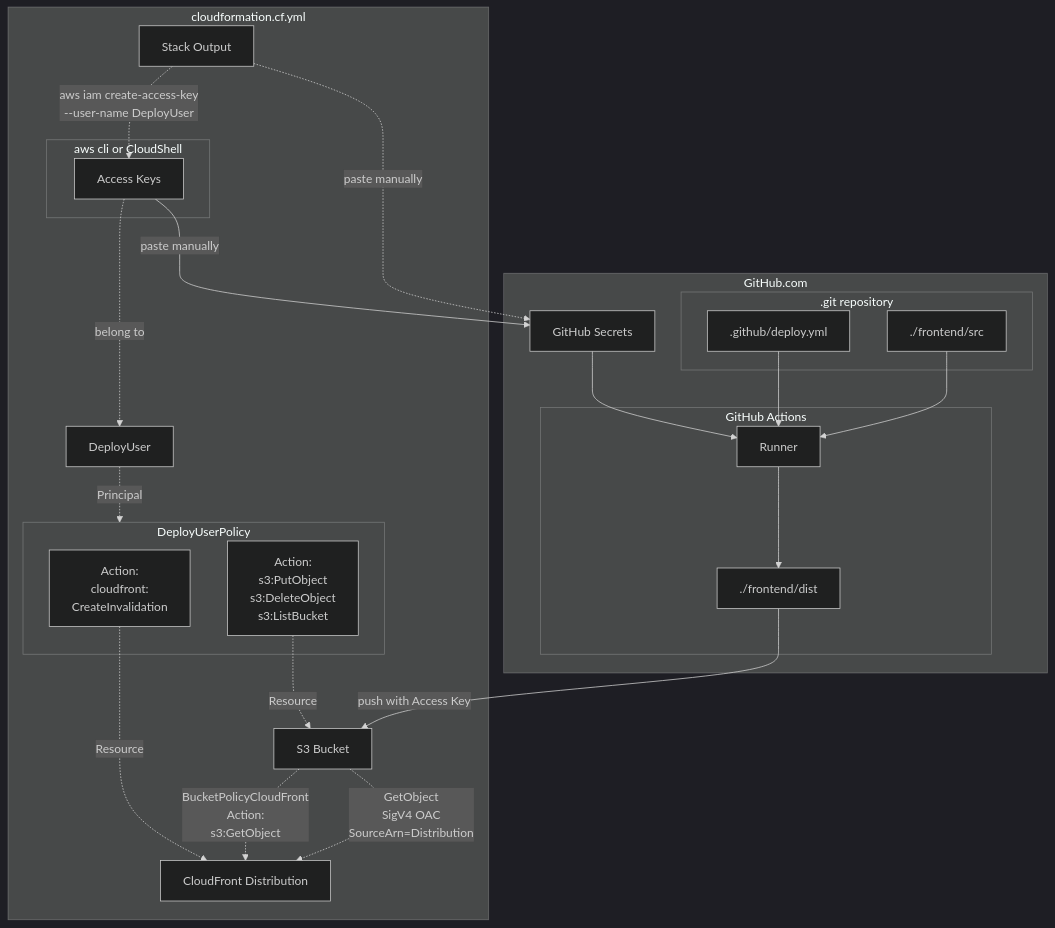
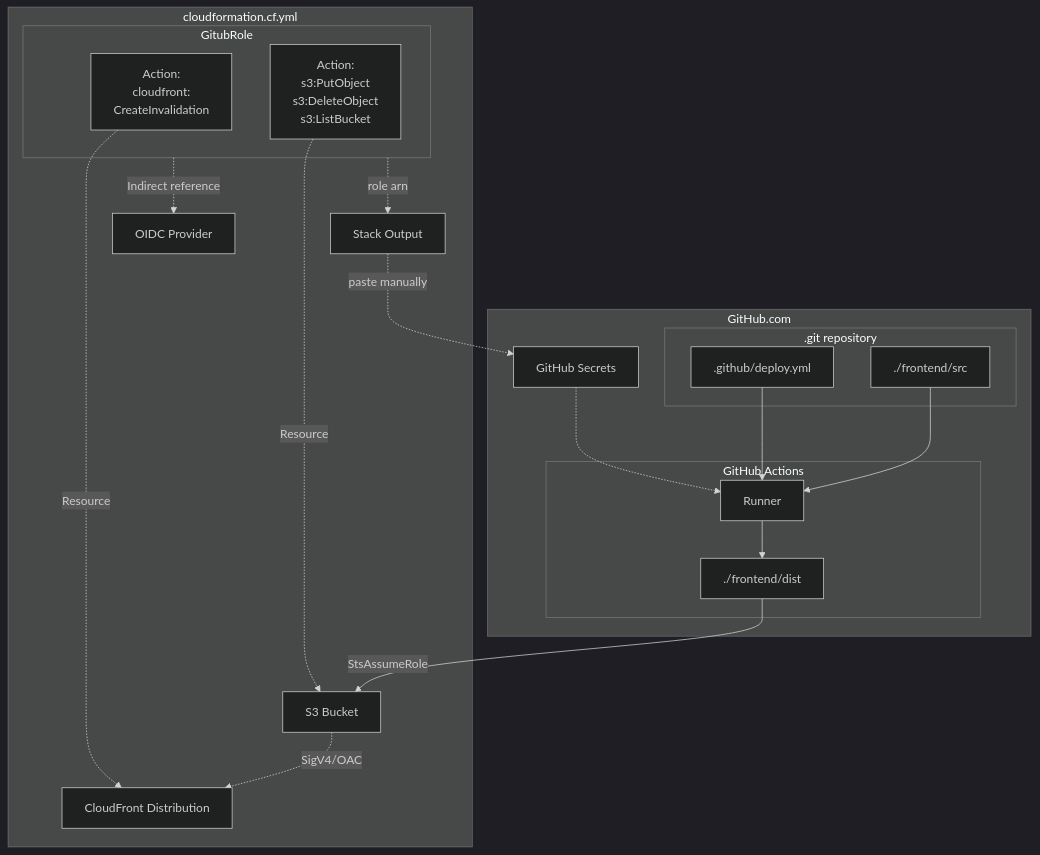
Before and after one commit to Codingschule/aws-astro-headless-cms-deployment: the first of 2 diagrams in README.md, drawn with Mermaid (dark theme).

Commit message:
readme OIDC mermaid

````diff
--- a/README.md
+++ b/README.md
@@ -107,46 +107,47 @@
 ```mermaid
 flowchart TD
     %% =====================
     subgraph GitHub.com
-        subgraph .git repository
+        SEC[GitHub Secrets]
+        subgraph REP[.git repository]
           SRC[./frontend/src]
           WF[.github/deploy.yml]
         end
-
-        SEC[GitHub Secrets]
 
         subgraph GitHub Actions
           Dist[./frontend/dist]
           RUN[Runner]
         end
+
+    end
+
+    %% =====================
+    subgraph AWS[cloudformation.cf.yml]
+      OUT[Stack Output]
+      %% *********************
+      OIDC[OIDC Provider]
+      subgraph ROL[GitubRole]
+        Inv[Action:<br />cloudfront:<br />CreateInvalidation]
+        Wri[Action:<br />s3:PutObject<br />s3:DeleteObject<br />s3:ListBucket]
+      end
+      
+      CF[CloudFront Distribution]
+      S3[S3 Bucket]
     end
     %% =====================
-    subgraph AWS[cloudformation.cf.yml]
-    %% *********************
-    subgraph CLI[aws cli or CloudShell]
-        KEY[Access Keys]
-    end
-        OUT[Stack Output]
-        IAM[DeployUser]
-        CF[CloudFront Distribution]
-        S3[S3 Bucket]
-        subgraph PolDep[DeployUserPolicy]
-          Inv[Action:<br />cloudfront:<br />CreateInvalidation]
-          Wri[Action:<br />s3:PutObject<br />s3:DeleteObject<br />s3:ListBucket]
-        end
-    end
-    %% =====================
-        IAM -.Principal.-> PolDep
+
+        ROL -.role arn.-> OUT
+        SEC -.-> RUN
+        WF --> RUN
+        SRC --> RUN
+        
+        OUT -.paste manually.-> SEC
+
+        ROL -.Indirect reference.-> OIDC
           Wri -.Resource.-> S3
           Inv -.Resource.-> CF
-        S3 -. BucketPolicyCloudFront<br />Action:<br/>s3:GetObject .-> CF
-        OUT -.aws iam create-access-key<br />--user-name DeployUser .-> KEY -- paste manually --> SEC
-        KEY -. belong to .-> IAM
-        OUT -.paste manually.-> SEC
 
-        SEC --> RUN
-        WF --> RUN
-        SRC --> RUN
-        RUN --> Dist --push with Access Key--> S3
-        S3 -.->|GetObject<br/>SigV4 OAC<br/>SourceArn=Distribution| CF
+        RUN --> Dist
+        Dist --StsAssumeRole--> S3
+        S3 -.->|SigV4/OAC| CF
 ```
````
